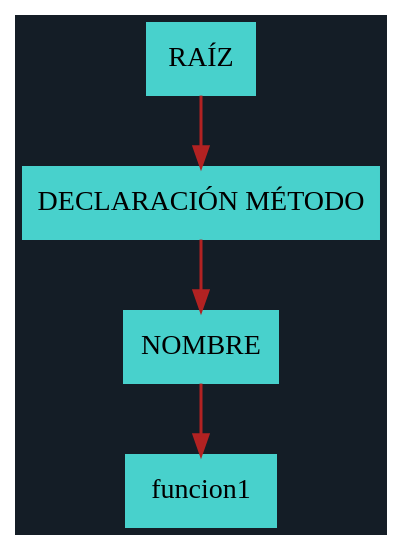
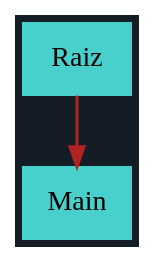
Before and after one commit to ErickMayorgaR/OLC2-Proyecto2-1S2023-201901758: the diagram in Proyecto1/Environment/ast.dot, drawn with Graphviz. The commit also changed 51 other files, not shown here.

```diff
--- a/Proyecto1/Environment/ast.dot
+++ b/Proyecto1/Environment/ast.dot
@@ -1,11 +1,8 @@
-digraph AST {
-graph[bgcolor="#141D26"]
+digraph G {
+graph[bgcolor="#141D26" margin=0]
 node [shape=box style=filled color="#48D1CC" fontname= "Ubuntu" fontsize="14"];
-edge[color="#B22222" penwidth="1.5"];Node1[label = "DECLARACIÓN MÉTODO"];
-RAÍZ->Node1;
-Node2[label = "NOMBRE"];
-Node1->Node2;
-Node3[label = "funcion1"];
-Node2->Node3;
+edge[color="#B22222" penwidth="1.5"];node1[label = "Main"];
+
+Raiz->node1;
 
 }
```
